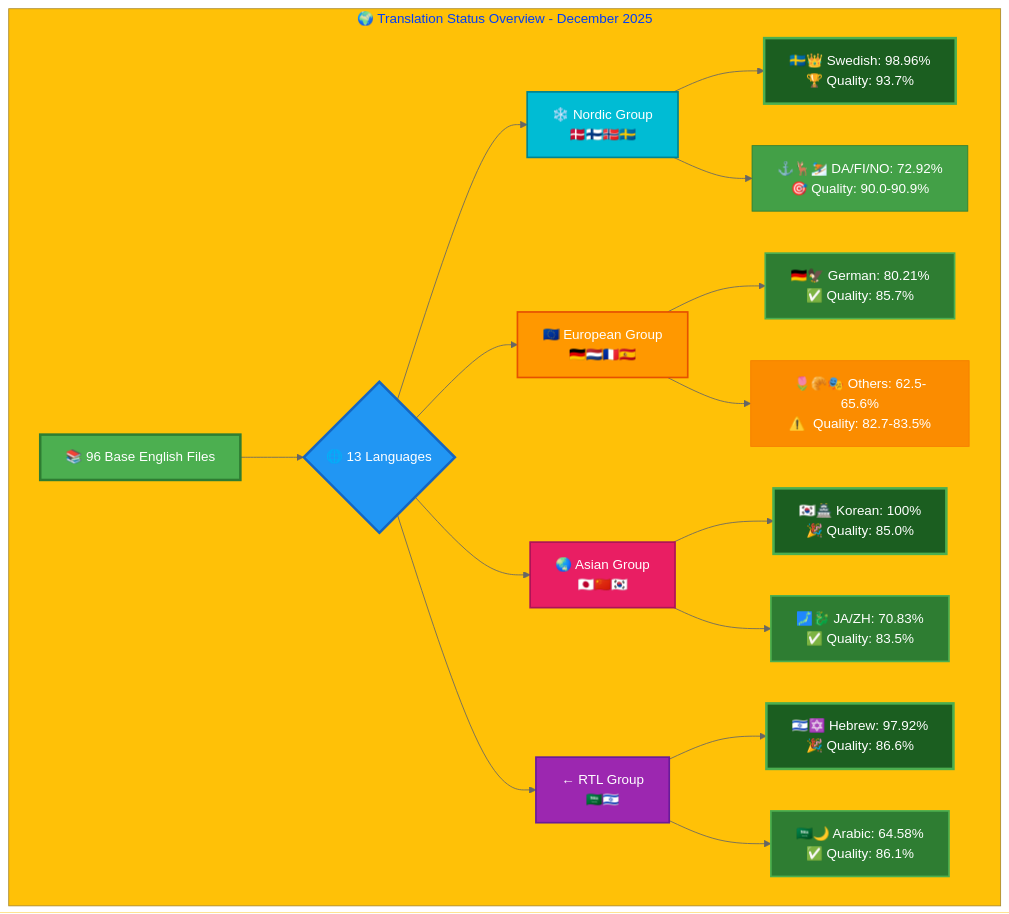
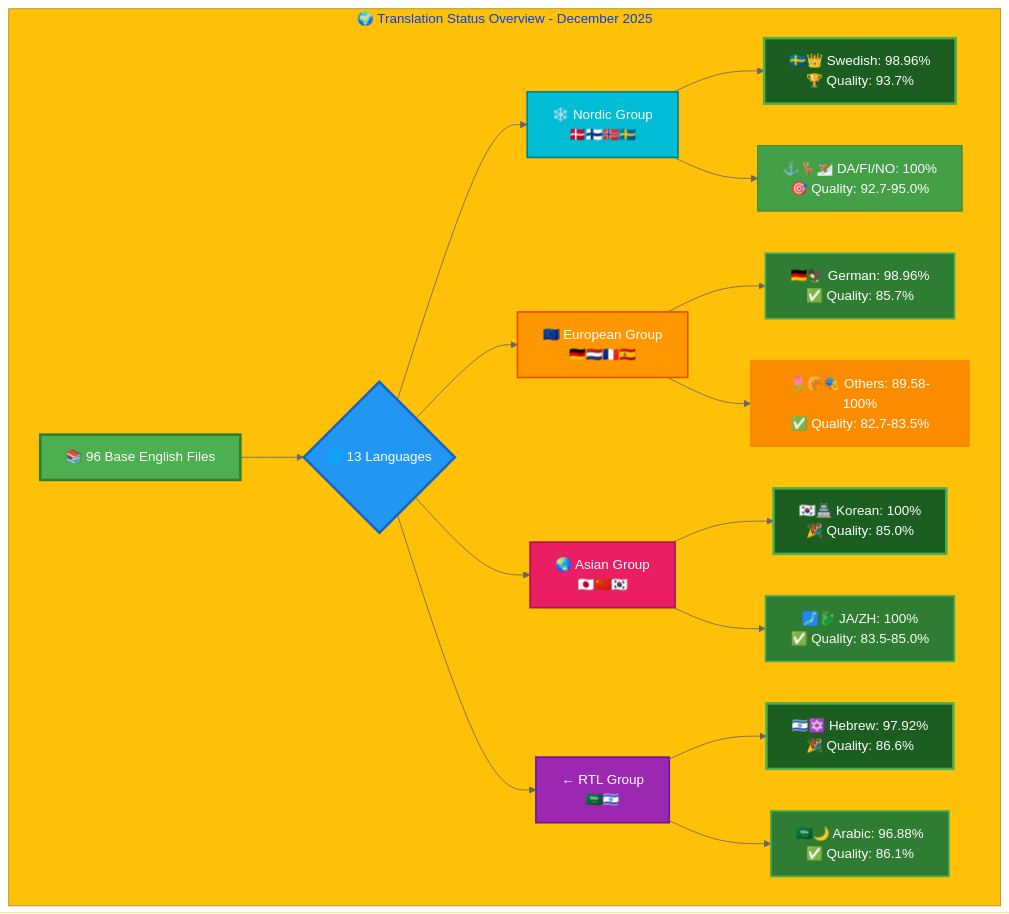
Before and after one commit to Hack23/homepage: the first of 2 diagrams in TRANSLATION_DOCUMENTATION_README.md, drawn with Mermaid. The commit also changed other lines of this file, not shown here.

````diff
--- a/TRANSLATION_DOCUMENTATION_README.md
+++ b/TRANSLATION_DOCUMENTATION_README.md
@@ -189,38 +219,38 @@
 ```mermaid
 %%{init: {'theme':'base', 'themeVariables': { 'primaryColor':'#4CAF50','primaryTextColor':'#fff','primaryBorderColor':'#2E7D32','lineColor':'#666','secondaryColor':'#2196F3','tertiaryColor':'#FFC107','fontSize':'16px'}}}%%
 graph TB
     subgraph "🌍 Translation Status Overview - December 2025"
         A["📚 96 Base English Files"] --> B{"🌐 13 Languages"}
         B --> C["❄️ Nordic Group<br/>🇩🇰🇫🇮🇳🇴🇸🇪"]
         B --> D["🇪🇺 European Group<br/>🇩🇪🇳🇱🇫🇷🇪🇸"]
         B --> E["🌏 Asian Group<br/>🇯🇵🇨🇳🇰🇷"]
         B --> F["← RTL Group<br/>🇸🇦🇮🇱"]
         
         C --> C1["🇸🇪👑 Swedish: 98.96%<br/>🏆 Quality: 93.7%"]
-        C --> C2["⚓🦌⛷️ DA/FI/NO: 72.92%<br/>🎯 Quality: 90.0-90.9%"]
+        C --> C2["⚓🦌⛷️ DA/FI/NO: 100%<br/>🎯 Quality: 92.7-95.0%"]
         
-        D --> D1["🇩🇪🦅 German: 80.21%<br/>✅ Quality: 85.7%"]
-        D --> D2["🌷🥐🎭 Others: 62.5-65.6%<br/>⚠️  Quality: 82.7-83.5%"]
+        D --> D1["🇩🇪🦅 German: 98.96%<br/>✅ Quality: 85.7%"]
+        D --> D2["🌷🥐🎭 Others: 89.58-100%<br/>✅ Quality: 82.7-83.5%"]
         
         E --> E1["🇰🇷🏯 Korean: 100%<br/>🎉 Quality: 85.0%"]
-        E --> E2["🗾🐉 JA/ZH: 70.83%<br/>✅ Quality: 83.5%"]
+        E --> E2["🗾🐉 JA/ZH: 100%<br/>✅ Quality: 83.5-85.0%"]
         
         F --> F1["🇮🇱✡️ Hebrew: 97.92%<br/>🎉 Quality: 86.6%"]
-        F --> F2["🇸🇦🌙 Arabic: 64.58%<br/>✅ Quality: 86.1%"]
+        F --> F2["🇸🇦🌙 Arabic: 96.88%<br/>✅ Quality: 86.1%"]
         
         style A fill:#4CAF50,stroke:#2E7D32,color:#fff,stroke-width:3px
         style B fill:#2196F3,stroke:#1565C0,color:#fff,stroke-width:3px
         style C fill:#00BCD4,stroke:#00838F,color:#fff,stroke-width:2px
         style D fill:#FF9800,stroke:#E65100,color:#fff,stroke-width:2px
         style E fill:#E91E63,stroke:#AD1457,color:#fff,stroke-width:2px
         style F fill:#9C27B0,stroke:#6A1B9A,color:#fff,stroke-width:2px
         style C1 fill:#1B5E20,stroke:#4CAF50,color:#fff,stroke-width:3px
         style C2 fill:#43A047,stroke:#2E7D32,color:#fff
         style D1 fill:#2E7D32,stroke:#4CAF50,color:#fff,stroke-width:2px
         style D2 fill:#FB8C00,stroke:#F57C00,color:#fff
         style E1 fill:#1B5E20,stroke:#4CAF50,color:#fff,stroke-width:3px
         style E2 fill:#2E7D32,stroke:#4CAF50,color:#fff,stroke-width:2px
         style F1 fill:#1B5E20,stroke:#4CAF50,color:#fff,stroke-width:3px
         style F2 fill:#2E7D32,stroke:#4CAF50,color:#fff,stroke-width:2px
     end
 ```
````
